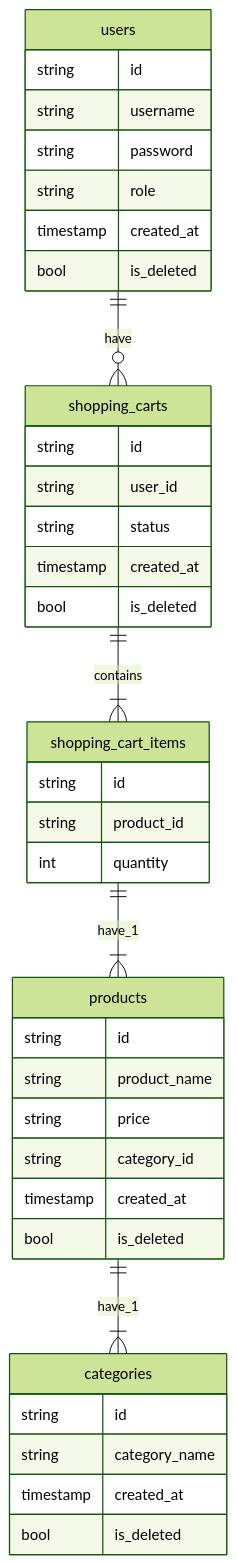
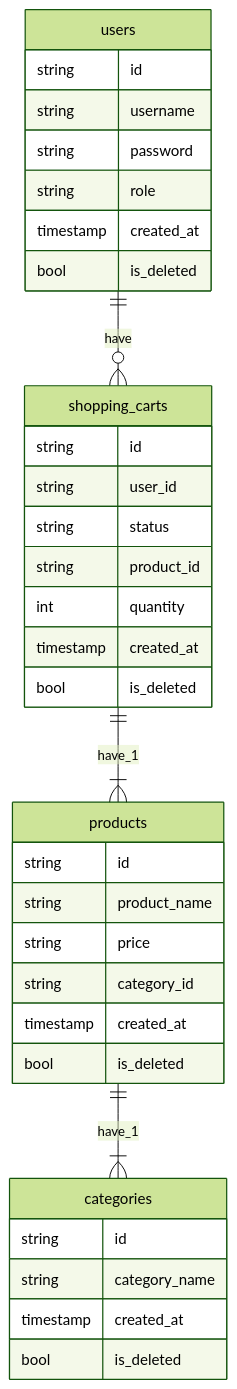
The diagram in README.md (muhhylmi/store-api), drawn with Mermaid (forest theme) before and after one commit.

Commit message:
refractor: design database

````diff
--- a/README.md
+++ b/README.md
@@ -8,41 +8,37 @@
 ```mermaid
 erDiagram
     users{
         string id
         string username
         string password
         string role
         timestamp created_at
         bool is_deleted
     }
     products ||--|{ categories: have_1
     products{
         string id
         string product_name
         string price
         string category_id
         timestamp created_at
         bool is_deleted
     }
-    shopping_carts ||--|{ shopping_cart_items: contains
+    shopping_carts ||--|{ products: have_1
     users||--o{ shopping_carts: have
     shopping_carts {
         string id
         string user_id
         string status
+        string product_id
+        int quantity
         timestamp created_at
         bool is_deleted
-    }
-    shopping_cart_items ||--|{ products: have_1
-    shopping_cart_items{
-        string id
-        string product_id
-        int quantity
     }
     categories{
         string id
         string category_name
         timestamp created_at
         bool is_deleted
     }
 ```
````
